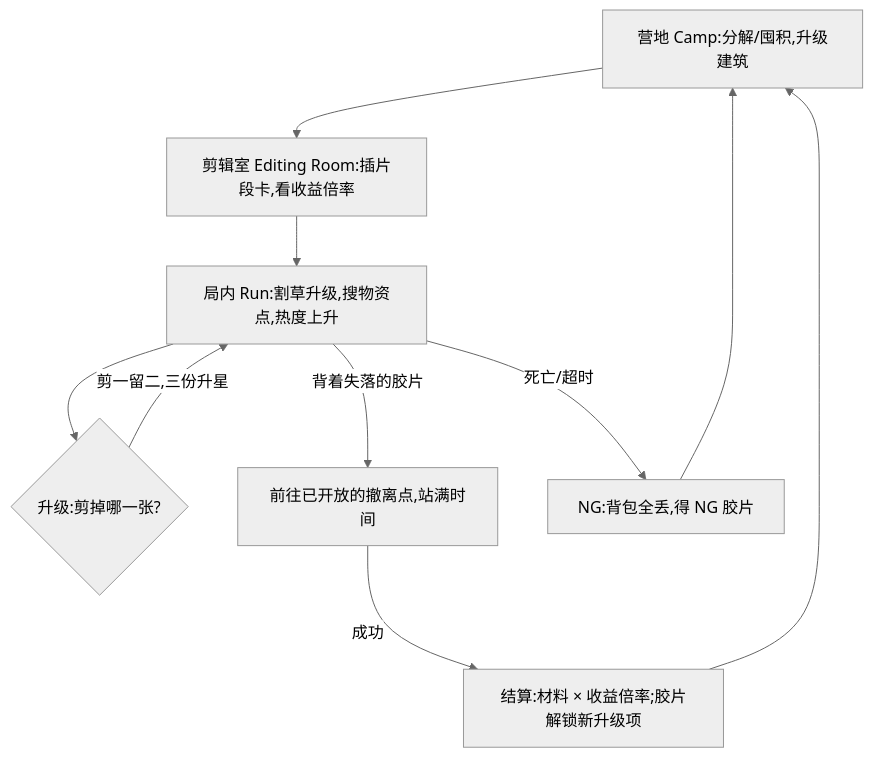
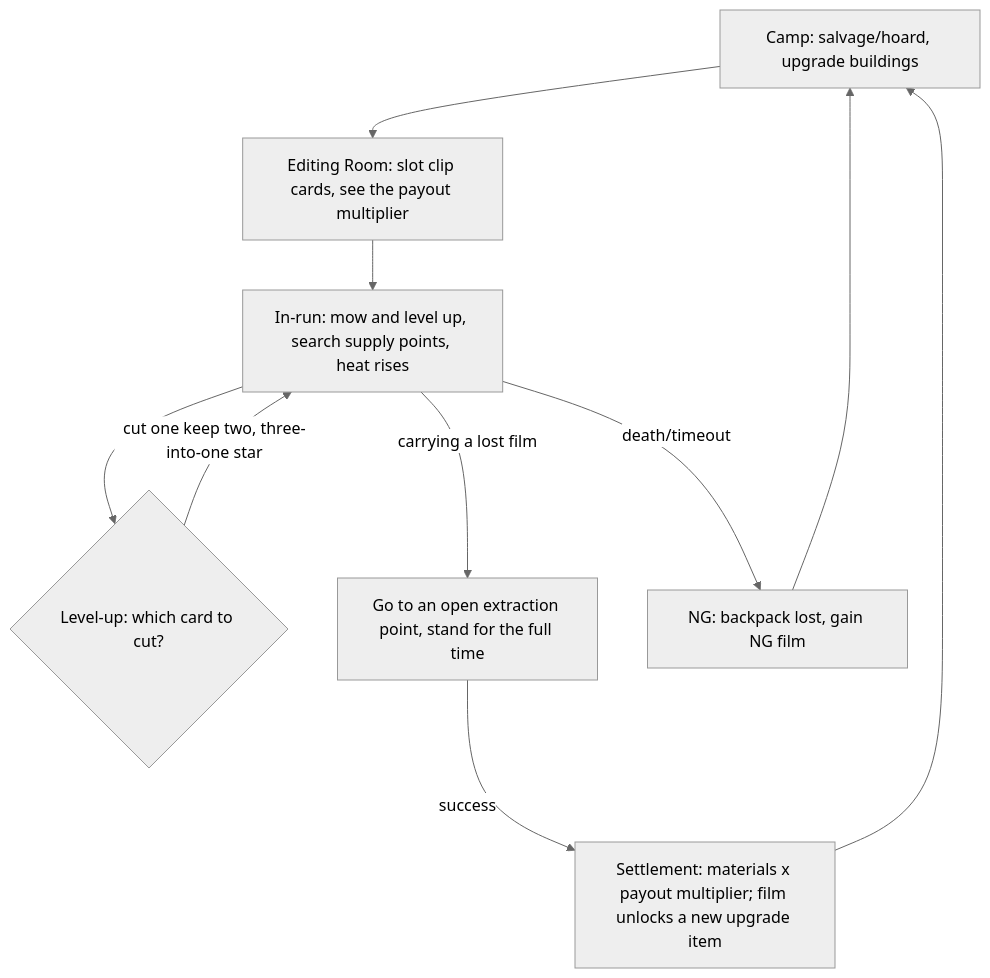
The diagram in design/prd/master-prd.md (Huangyu-Shen/2026-epic-gamejam), drawn with Mermaid (neutral theme) before and after one commit. The commit also changed other lines of this file and 33 other files, not shown here.

````diff
--- a/design/prd/master-prd.md
+++ b/design/prd/master-prd.md
@@ -29,12 +29,12 @@
 ```mermaid
 flowchart TB
-  A[营地 Camp:分解/囤积,升级建筑] --> B[剪辑室 Editing Room:插片段卡,看收益倍率]
-  B --> C[局内 Run:割草升级,搜物资点,热度上升]
-  C --> D{升级:剪掉哪一张?}
-  D -->|剪一留二,三份升星| C
-  C -->|背着失落的胶片| E[前往已开放的撤离点,站满时间]
-  E -->|成功| F[结算:材料 × 收益倍率;胶片解锁新升级项]
-  C -->|死亡/超时| G[NG:背包全丢,得 NG 胶片]
+  A[Camp: salvage/hoard, upgrade buildings] --> B[Editing Room: slot clip cards, see the payout multiplier]
+  B --> C[In-run: mow and level up, search supply points, heat rises]
+  C --> D{Level-up: which card to cut?}
+  D -->|cut one keep two, three-into-one star| C
+  C -->|carrying a lost film| E[Go to an open extraction point, stand for the full time]
+  E -->|success| F[Settlement: materials x payout multiplier; film unlocks a new upgrade item]
+  C -->|death/timeout| G[NG: backpack lost, gain NG film]
   F --> A
   G --> A
 ```
````
